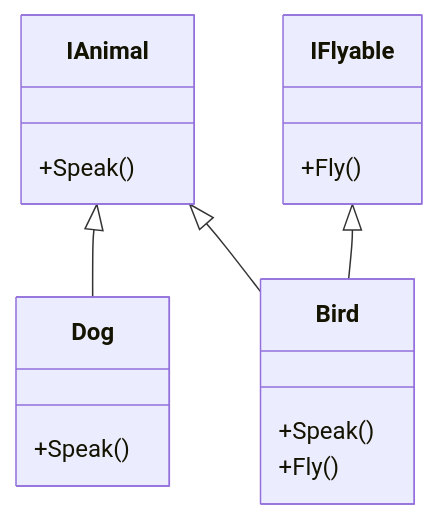
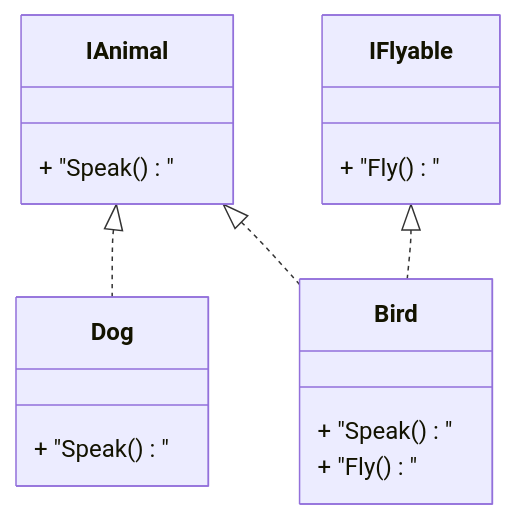
One commit to 42jerrykim/42jerrykim.github.io changed the sixth of 17 diagrams in content/post/2024/2024-10-16-csharp-object-oriented/index.md. Above: the diagram before and after it, drawn with Mermaid. The commit also changed other lines of this file and 239 other files, not shown here.

````diff
--- a/content/post/2024/2024-10-16-csharp-object-oriented/index.md
+++ b/content/post/2024/2024-10-16-csharp-object-oriented/index.md
@@ -760,23 +637,19 @@
 ```mermaid
 classDiagram
     class IAnimal {
-        +Speak()
+        + "Speak()"
     }
-
     class IFlyable {
-        +Fly()
+        + "Fly()"
     }
-
     class Dog {
-        +Speak()
+        + "Speak()"
     }
-
     class Bird {
-        +Speak()
-        +Fly()
+        + "Speak()"
+        + "Fly()"
     }
-
-    IAnimal <|-- Dog
-    IAnimal <|-- Bird
-    IFlyable <|-- Bird
+    IAnimal <|.. Dog
+    IAnimal <|.. Bird
+    IFlyable <|.. Bird
 ```
````
